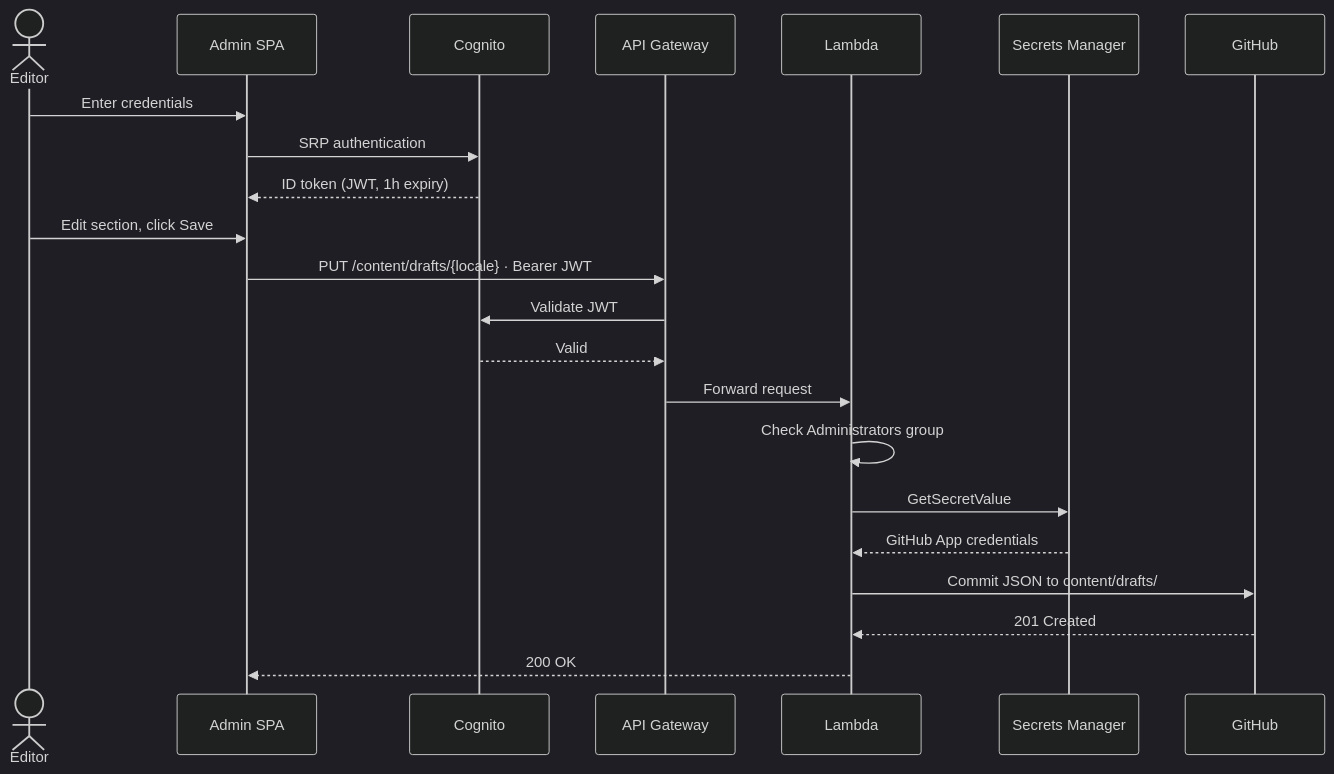
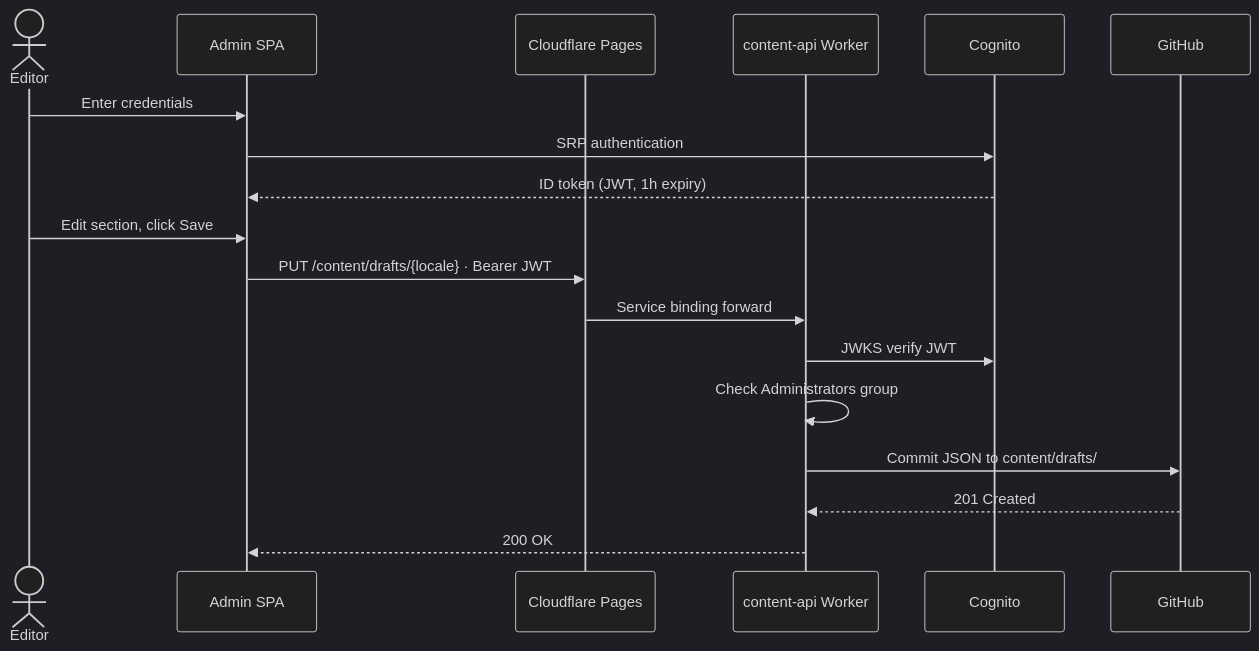
The third of 15 diagrams in docs/architecture.md (Bonae-Tech/bonae-tech), drawn with Mermaid (dark theme) before and after one commit. The commit also changed other lines of this file and 62 other files, not shown here.

First line of the commit message:
Hybrid Cloudflare + AWS Cognito architecture (#58)

````diff
--- a/docs/architecture.md
+++ b/docs/architecture.md
@@ -214,26 +195,22 @@
 ```mermaid
 sequenceDiagram
     actor Editor
     participant SPA as Admin SPA
+    participant Pages as Cloudflare Pages
+    participant Worker as content-api Worker
     participant Cognito
-    participant APIGW as API Gateway
-    participant Lambda
-    participant SM as Secrets Manager
     participant GH as GitHub
 
     Editor->>SPA: Enter credentials
     SPA->>Cognito: SRP authentication
     Cognito-->>SPA: ID token (JWT, 1h expiry)
 
     Editor->>SPA: Edit section, click Save
-    SPA->>APIGW: PUT /content/drafts/{locale} · Bearer JWT
-    APIGW->>Cognito: Validate JWT
-    Cognito-->>APIGW: Valid
-    APIGW->>Lambda: Forward request
-    Lambda->>Lambda: Check Administrators group
-    Lambda->>SM: GetSecretValue
-    SM-->>Lambda: GitHub App credentials
-    Lambda->>GH: Commit JSON to content/drafts/
-    GH-->>Lambda: 201 Created
-    Lambda-->>SPA: 200 OK
+    SPA->>Pages: PUT /content/drafts/{locale} · Bearer JWT
+    Pages->>Worker: Service binding forward
+    Worker->>Cognito: JWKS verify JWT
+    Worker->>Worker: Check Administrators group
+    Worker->>GH: Commit JSON to content/drafts/
+    GH-->>Worker: 201 Created
+    Worker-->>SPA: 200 OK
 ```
````
